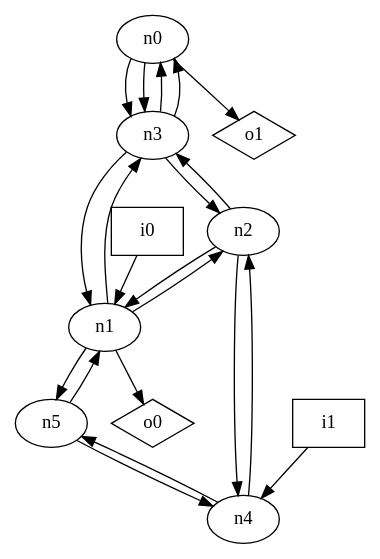
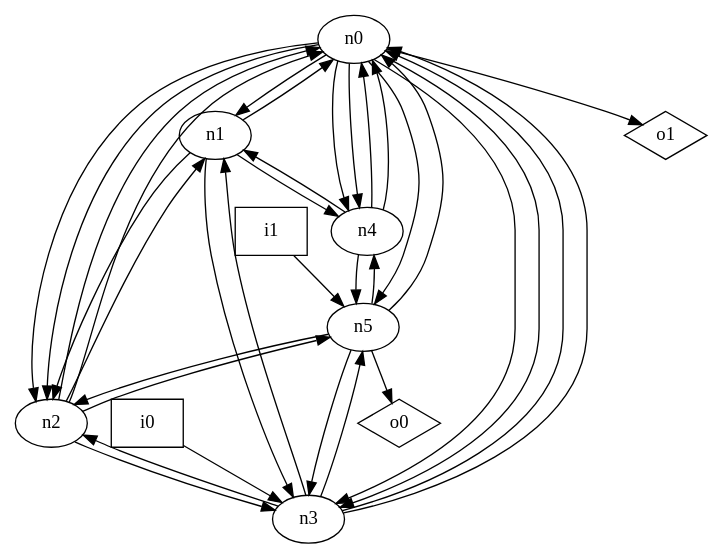
Before and after one commit to p9romain/bool-circuits: the diagram in dot_files/random/random_undirected_loop_free_graph.dot, drawn with Graphviz. The commit also changed 28 other files, not shown here.

```diff
--- a/dot_files/random/random_undirected_loop_free_graph.dot
+++ b/dot_files/random/random_undirected_loop_free_graph.dot
@@ -1,32 +1,46 @@
 digraph G {
 n0 [label="n0"];
 n1 [label="n1"];
 n2 [label="n2"];
 n3 [label="n3"];
 n4 [label="n4"];
 n5 [label="n5"];
 n6 [label="i0",shape="box"];
 n7 [label="i1",shape="box"];
 n8 [label="o0",shape="diamond"];
 n9 [label="o1",shape="diamond"];
+n0 -> n1
+n0 -> n2
+n0 -> n2
 n0 -> n3
 n0 -> n3
+n0 -> n4
+n0 -> n4
+n0 -> n5
 n0 -> n9
+n1 -> n0
 n1 -> n2
 n1 -> n3
-n1 -> n5
-n1 -> n8
+n1 -> n4
+n2 -> n0
+n2 -> n0
 n2 -> n1
 n2 -> n3
-n2 -> n4
+n2 -> n5
 n3 -> n0
 n3 -> n0
 n3 -> n1
 n3 -> n2
-n4 -> n2
+n3 -> n5
+n4 -> n0
+n4 -> n0
+n4 -> n1
 n4 -> n5
-n5 -> n1
+n5 -> n0
+n5 -> n2
+n5 -> n3
 n5 -> n4
-n6 -> n1
-n7 -> n4
+n5 -> n8
+n6 -> n3
+n7 -> n5
 }
```
